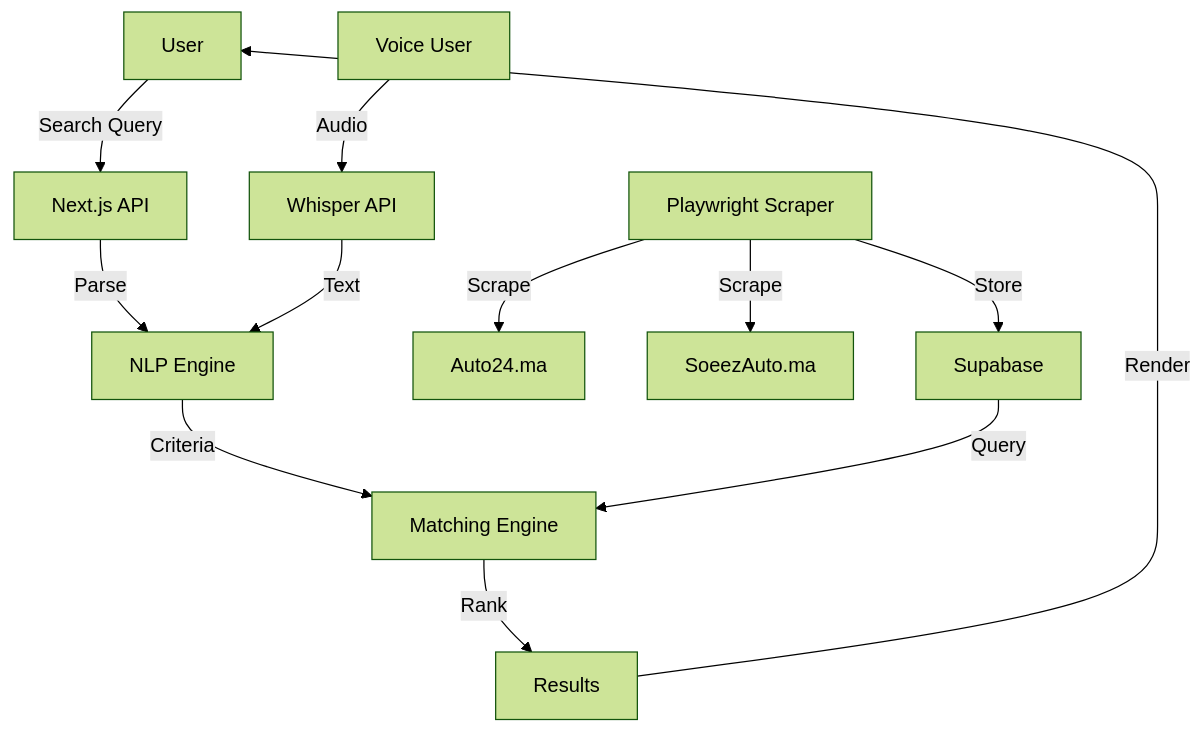
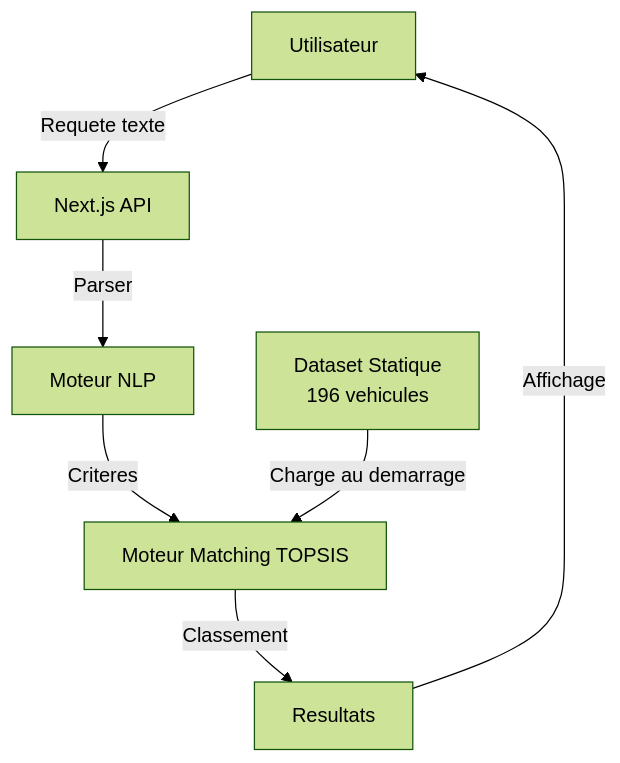
Before and after one commit to tahaaze/thiqti: the diagram in docs/architecture/data-register.md, drawn with Mermaid (forest theme). The commit also changed other lines of this file and 44 other files, not shown here.

First line of the commit message:
docs: add authentication, ADRs and architecture documentation

````diff
--- a/docs/architecture/data-register.md
+++ b/docs/architecture/data-register.md
@@ -128,16 +76,10 @@
 ```mermaid
 flowchart TD
-    A[User] -->|Search Query| B[Next.js API]
-    B -->|Parse| C[NLP Engine]
-    C -->|Criteria| D[Matching Engine]
-    D -->|Rank| E[Results]
-    E -->|Render| A
-
-    F[Playwright Scraper] -->|Scrape| G[Auto24.ma]
-    F -->|Scrape| H[SoeezAuto.ma]
-    F -->|Store| I[Supabase]
-    I -->|Query| D
-
-    J[Voice User] -->|Audio| K[Whisper API]
-    K -->|Text| C
+    A[Utilisateur] -->|Requete texte| B[Next.js API]
+    B -->|Parser| C[Moteur NLP]
+    C -->|Criteres| D[Moteur Matching TOPSIS]
+    D -->|Classement| E[Resultats]
+    E -->|Affichage| A
+    
+    F[Dataset Statique<br>196 vehicules] -->|Charge au demarrage| D
 ```
````
